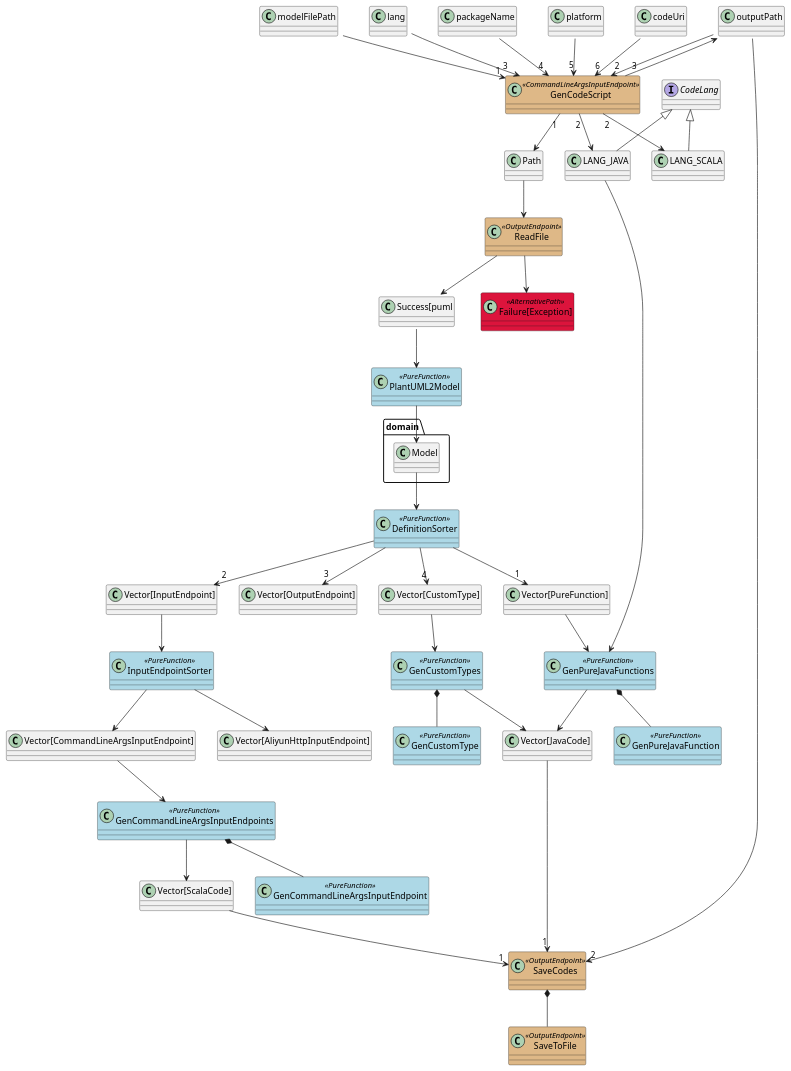
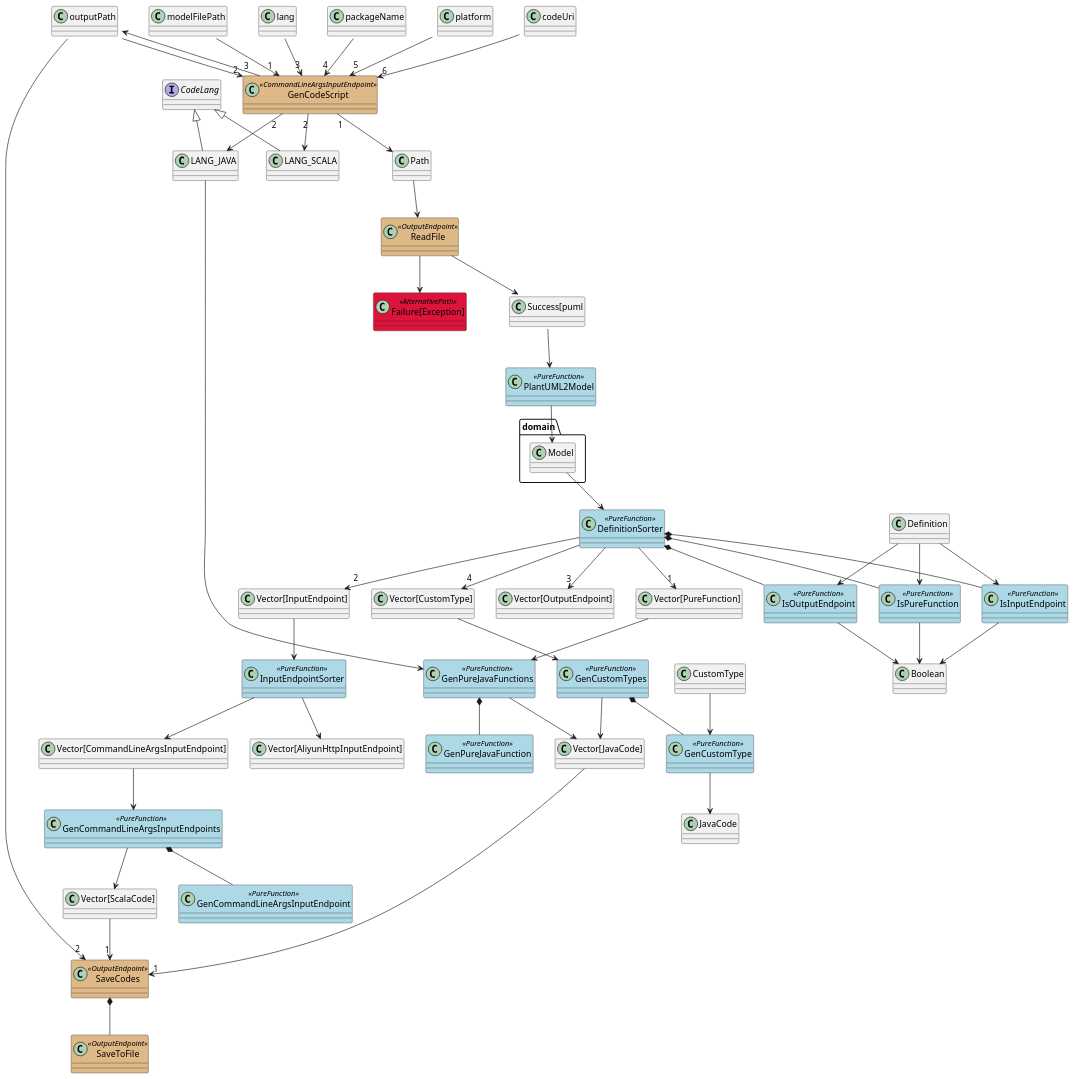
The diagram in typeflow/tooling/GenCode.puml (notyy/TypeFlow), drawn with PlantUML before and after one commit.

Commit message:
improving GenCode model

```diff
--- a/typeflow/tooling/GenCode.puml
+++ b/typeflow/tooling/GenCode.puml
@@ -1,66 +1,80 @@
 @startuml
 skinparam class {
 	BackgroundColor<<CommandLineInputEndpoint>> BurlyWood
 	BackgroundColor<<CommandLineArgsInputEndpoint>> BurlyWood
 	BackgroundColor<<AliyunHttpInputEndpoint>> BurlyWood
 	BackgroundColor<<OutputEndpoint>> BurlyWood
 	BackgroundColor<<PureFunction>> LightBlue
 	BackgroundColor<<AlternativePath>> Crimson
 }
 
 class GenCodeScript <<CommandLineArgsInputEndpoint>>
 class ReadFile <<OutputEndpoint>>
 class PlantUML2Model <<PureFunction>>
 class GenPureJavaFunctions <<PureFunction>>
 class GenPureJavaFunction <<PureFunction>>
 class GenCommandLineArgsInputEndpoints <<PureFunction>>
 class GenCommandLineArgsInputEndpoint <<PureFunction>>
 class GenCustomTypes <<PureFunction>>
 class GenCustomType <<PureFunction>>
 class DefinitionSorter <<PureFunction>>
+class IsPureFunction <<PureFunction>>
+class IsInputEndpoint <<PureFunction>>
+class IsOutputEndpoint <<PureFunction>>
 class InputEndpointSorter <<PureFunction>>
 class SaveCodes <<OutputEndpoint>>
 class SaveToFile <<OutputEndpoint>>
 class "Failure[Exception]" <<AlternativePath>>
 interface CodeLang
 CodeLang <|-- LANG_JAVA
 CodeLang <|-- LANG_SCALA
 
 modelFilePath::String --> "1" GenCodeScript
 outputPath::String --> "2" GenCodeScript
 lang::String --> "3" GenCodeScript
 packageName::String --> "4" GenCodeScript
 platform::String --> "5" GenCodeScript
 codeUri::String --> "6" GenCodeScript
 GenCodeScript "1" --> Path
 GenCodeScript "2" --> LANG_JAVA
 GenCodeScript "2" --> LANG_SCALA
 GenCodeScript "3" --> outputPath::Path
 LANG_JAVA -> GenPureJavaFunctions
 Path --> ReadFile
 ReadFile --> "Success[puml::String]"
 ReadFile --> "Failure[Exception]"
 "Success[puml::String]" --> PlantUML2Model
 PlantUML2Model --> domain.Model
 domain.Model --> DefinitionSorter
 DefinitionSorter --> "1" "Vector[PureFunction]"
 DefinitionSorter --> "2" "Vector[InputEndpoint]"
 DefinitionSorter --> "3" "Vector[OutputEndpoint]"
 DefinitionSorter --> "4" "Vector[CustomType]"
+DefinitionSorter *-- IsInputEndpoint
+DefinitionSorter *-- IsPureFunction
+DefinitionSorter *-- IsOutputEndpoint
+Definition --> IsInputEndpoint
+IsInputEndpoint --> Boolean
+Definition --> IsPureFunction
+IsPureFunction --> Boolean
+Definition --> IsOutputEndpoint
+IsOutputEndpoint --> Boolean
 "Vector[InputEndpoint]" --> InputEndpointSorter
 InputEndpointSorter --> "Vector[CommandLineArgsInputEndpoint]"
 InputEndpointSorter --> "Vector[AliyunHttpInputEndpoint]"
 "Vector[PureFunction]" --> GenPureJavaFunctions
 "Vector[CustomType]" --> GenCustomTypes
 GenCustomTypes --> "Vector[JavaCode]"
 GenCustomTypes *-- GenCustomType
+CustomType --> GenCustomType
+GenCustomType --> JavaCode
 GenPureJavaFunctions --> "Vector[JavaCode]"
 GenPureJavaFunctions *-- GenPureJavaFunction
 "Vector[CommandLineArgsInputEndpoint]" --> GenCommandLineArgsInputEndpoints
 GenCommandLineArgsInputEndpoints --> "Vector[ScalaCode]"
 GenCommandLineArgsInputEndpoints *-- GenCommandLineArgsInputEndpoint
 "Vector[ScalaCode]" --> "1" SaveCodes
 "Vector[JavaCode]" --> "1" SaveCodes
 outputPath::Path --> "2" SaveCodes
 SaveCodes *-- SaveToFile
 @enduml
```
